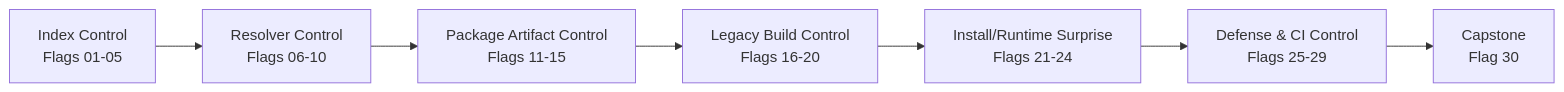
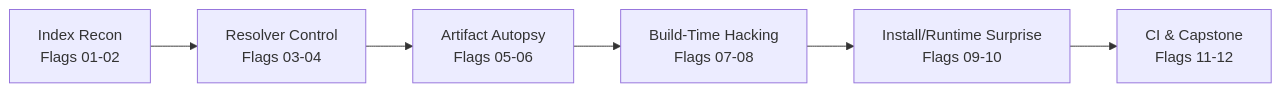
Before and after one commit to alex-au-922/HKPUG-Meetup-PyPI-Challenge: the first of 2 diagrams in FLAG_LABS_PLAN.md, drawn with Mermaid. The commit also changed other lines of this file and 17 other files, not shown here.

````diff
--- a/FLAG_LABS_PLAN.md
+++ b/FLAG_LABS_PLAN.md
@@ -36,9 +49,8 @@
 ```mermaid
 flowchart LR
-  A["Index Control<br/>Flags 01-05"] --> B["Resolver Control<br/>Flags 06-10"]
-  B --> C["Package Artifact Control<br/>Flags 11-15"]
-  C --> D["Legacy Build Control<br/>Flags 16-20"]
-  D --> E["Install/Runtime Surprise<br/>Flags 21-24"]
-  E --> F["Defense & CI Control<br/>Flags 25-29"]
-  F --> G["Capstone<br/>Flag 30"]
+  A["Index Recon<br/>Flags 01-02"] --> B["Resolver Control<br/>Flags 03-04"]
+  B --> C["Artifact Autopsy<br/>Flags 05-06"]
+  C --> D["Build-Time Hacking<br/>Flags 07-08"]
+  D --> E["Install/Runtime Surprise<br/>Flags 09-10"]
+  E --> F["CI & Capstone<br/>Flags 11-12"]
 ```
````
